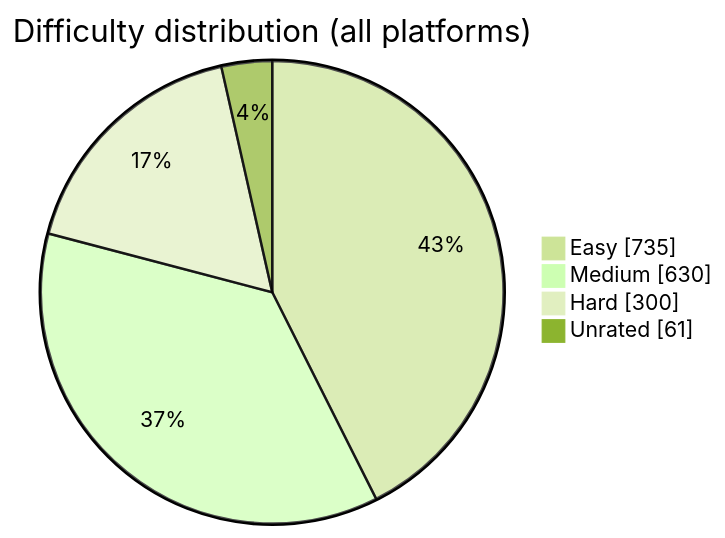
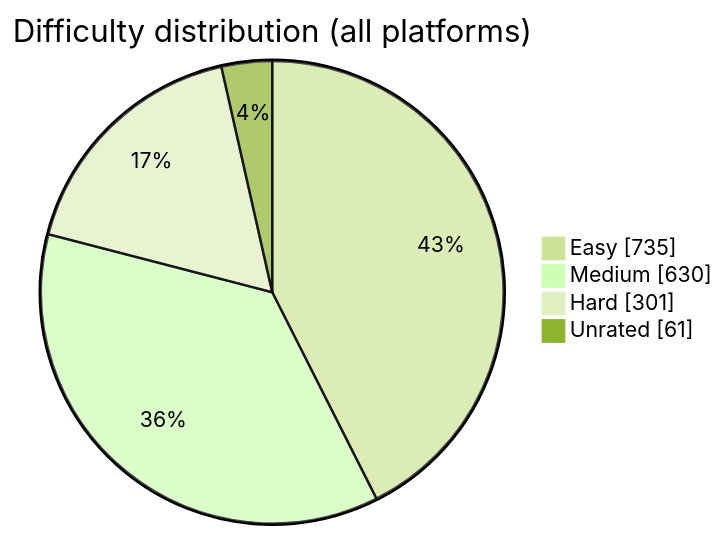
One commit to BuildbyArindam/Daily-Coding-Log changed the diagram in README.md. Above: the diagram before and after it, drawn with Mermaid (forest theme). The commit also changed other lines of this file, not shown here.

````diff
--- a/README.md
+++ b/README.md
@@ -93,7 +93,7 @@
 ```mermaid
 pie showData title Difficulty distribution (all platforms)
     "Easy" : 735
     "Medium" : 630
-    "Hard" : 300
+    "Hard" : 301
     "Unrated" : 61
 ```
````
